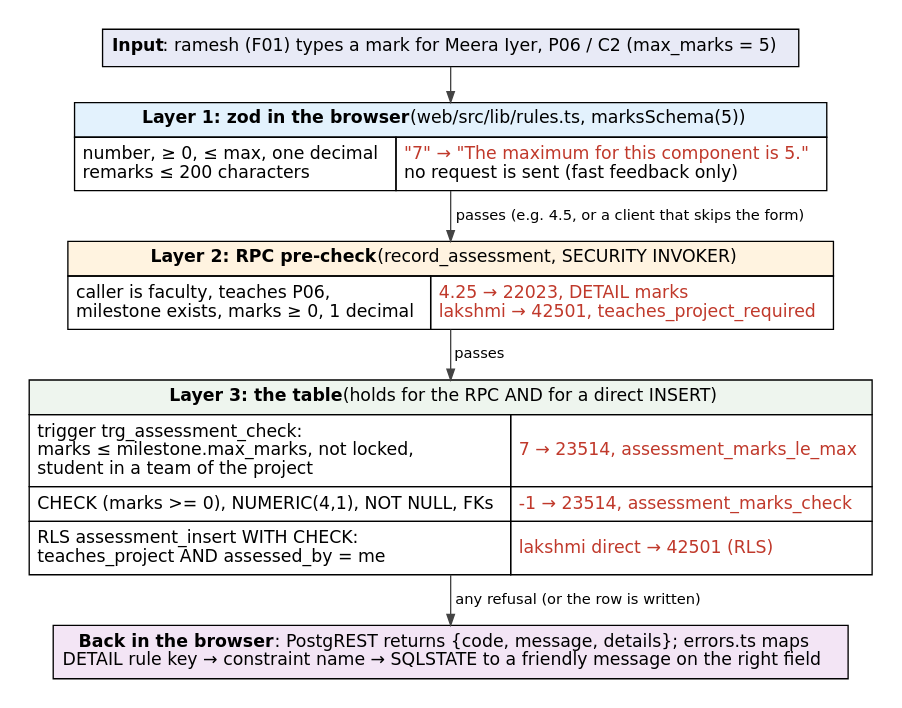
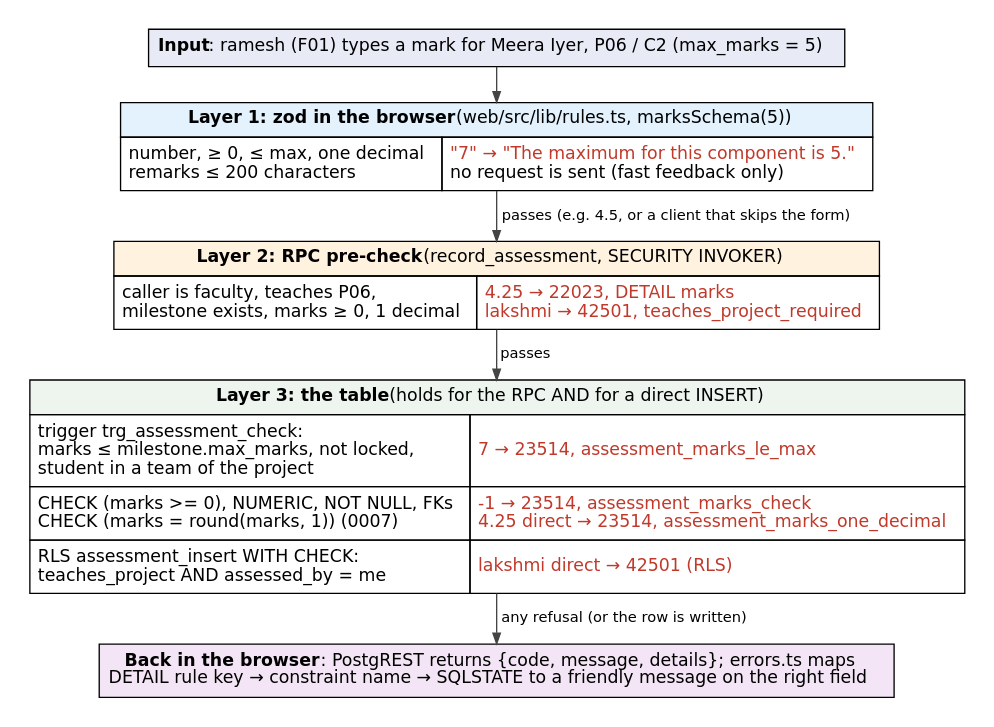
The diagram in docs/lab/diagrams/c8/c8_fig2_validation.dot (Arun-Sanjay/countersign-dbms), drawn with Graphviz before and after one commit. The commit also changed 129 other files, not shown here.

```diff
--- a/docs/lab/diagrams/c8/c8_fig2_validation.dot
+++ b/docs/lab/diagrams/c8/c8_fig2_validation.dot
@@ -1,47 +1,47 @@
 // C8 Figure 2: the three validation layers, traced for one input (marks for Meera, P06 C2, max 5).
 // Render: docs/lab/build_c8.sh. Caption is in C8_Forms_Security_Validation.md.
 digraph Validation {
   graph [rankdir=TB, nodesep=0.3, ranksep=0.35, fontname="DejaVu Sans", pad=0.2, bgcolor="white"];
   node  [fontname="DejaVu Sans", fontsize=13, shape=plain];
   edge  [fontname="DejaVu Sans", fontsize=11, color="#444444", arrowsize=0.8];
 
   input [label=<
    <TABLE BORDER="0" CELLBORDER="1" CELLSPACING="0" CELLPADDING="6">
     <TR><TD BGCOLOR="#e8eaf6"><B>Input</B>: ramesh (F01) types a mark for Meera Iyer, P06 / C2 (max_marks = 5)</TD></TR>
    </TABLE>>];
 
   l1 [label=<
    <TABLE BORDER="0" CELLBORDER="1" CELLSPACING="0" CELLPADDING="5">
     <TR><TD COLSPAN="2" BGCOLOR="#e3f2fd"><B>Layer 1: zod in the browser</B> (web/src/lib/rules.ts, marksSchema(5))</TD></TR>
     <TR><TD ALIGN="LEFT">number, &#8805; 0, &#8804; max, one decimal<BR ALIGN="LEFT"/>remarks &#8804; 200 characters<BR ALIGN="LEFT"/></TD>
         <TD ALIGN="LEFT"><FONT COLOR="#c0392b">"7" &#8594; "The maximum for this component is 5."</FONT><BR ALIGN="LEFT"/>no request is sent (fast feedback only)<BR ALIGN="LEFT"/></TD></TR>
    </TABLE>>];
 
   l2 [label=<
    <TABLE BORDER="0" CELLBORDER="1" CELLSPACING="0" CELLPADDING="5">
     <TR><TD COLSPAN="2" BGCOLOR="#fff3e0"><B>Layer 2: RPC pre-check</B> (record_assessment, SECURITY INVOKER)</TD></TR>
     <TR><TD ALIGN="LEFT">caller is faculty, teaches P06,<BR ALIGN="LEFT"/>milestone exists, marks &#8805; 0, 1 decimal<BR ALIGN="LEFT"/></TD>
         <TD ALIGN="LEFT"><FONT COLOR="#c0392b">4.25 &#8594; 22023, DETAIL marks</FONT><BR ALIGN="LEFT"/><FONT COLOR="#c0392b">lakshmi &#8594; 42501, teaches_project_required</FONT><BR ALIGN="LEFT"/></TD></TR>
    </TABLE>>];
 
   l3 [label=<
    <TABLE BORDER="0" CELLBORDER="1" CELLSPACING="0" CELLPADDING="5">
     <TR><TD COLSPAN="2" BGCOLOR="#eef5ee"><B>Layer 3: the table</B> (holds for the RPC AND for a direct INSERT)</TD></TR>
     <TR><TD ALIGN="LEFT">trigger trg_assessment_check:<BR ALIGN="LEFT"/>marks &#8804; milestone.max_marks, not locked,<BR ALIGN="LEFT"/>student in a team of the project<BR ALIGN="LEFT"/></TD>
         <TD ALIGN="LEFT"><FONT COLOR="#c0392b">7 &#8594; 23514, assessment_marks_le_max</FONT><BR ALIGN="LEFT"/></TD></TR>
-    <TR><TD ALIGN="LEFT">CHECK (marks &gt;= 0), NUMERIC(4,1), NOT NULL, FKs<BR ALIGN="LEFT"/></TD>
-        <TD ALIGN="LEFT"><FONT COLOR="#c0392b">-1 &#8594; 23514, assessment_marks_check</FONT><BR ALIGN="LEFT"/></TD></TR>
+    <TR><TD ALIGN="LEFT">CHECK (marks &gt;= 0), NUMERIC, NOT NULL, FKs<BR ALIGN="LEFT"/>CHECK (marks = round(marks, 1)) (0007)<BR ALIGN="LEFT"/></TD>
+        <TD ALIGN="LEFT"><FONT COLOR="#c0392b">-1 &#8594; 23514, assessment_marks_check</FONT><BR ALIGN="LEFT"/><FONT COLOR="#c0392b">4.25 direct &#8594; 23514, assessment_marks_one_decimal</FONT><BR ALIGN="LEFT"/></TD></TR>
     <TR><TD ALIGN="LEFT">RLS assessment_insert WITH CHECK:<BR ALIGN="LEFT"/>teaches_project AND assessed_by = me<BR ALIGN="LEFT"/></TD>
         <TD ALIGN="LEFT"><FONT COLOR="#c0392b">lakshmi direct &#8594; 42501 (RLS)</FONT><BR ALIGN="LEFT"/></TD></TR>
    </TABLE>>];
 
   back [label=<
    <TABLE BORDER="0" CELLBORDER="1" CELLSPACING="0" CELLPADDING="6">
     <TR><TD BGCOLOR="#f3e5f5"><B>Back in the browser</B>: PostgREST returns {code, message, details}; errors.ts maps<BR/>DETAIL rule key &#8594; constraint name &#8594; SQLSTATE to a friendly message on the right field</TD></TR>
    </TABLE>>];
 
   input -> l1;
   l1 -> l2 [label=" passes (e.g. 4.5, or a client that skips the form)"];
   l2 -> l3 [label=" passes"];
   l3 -> back [label=" any refusal (or the row is written)"];
 }
```
